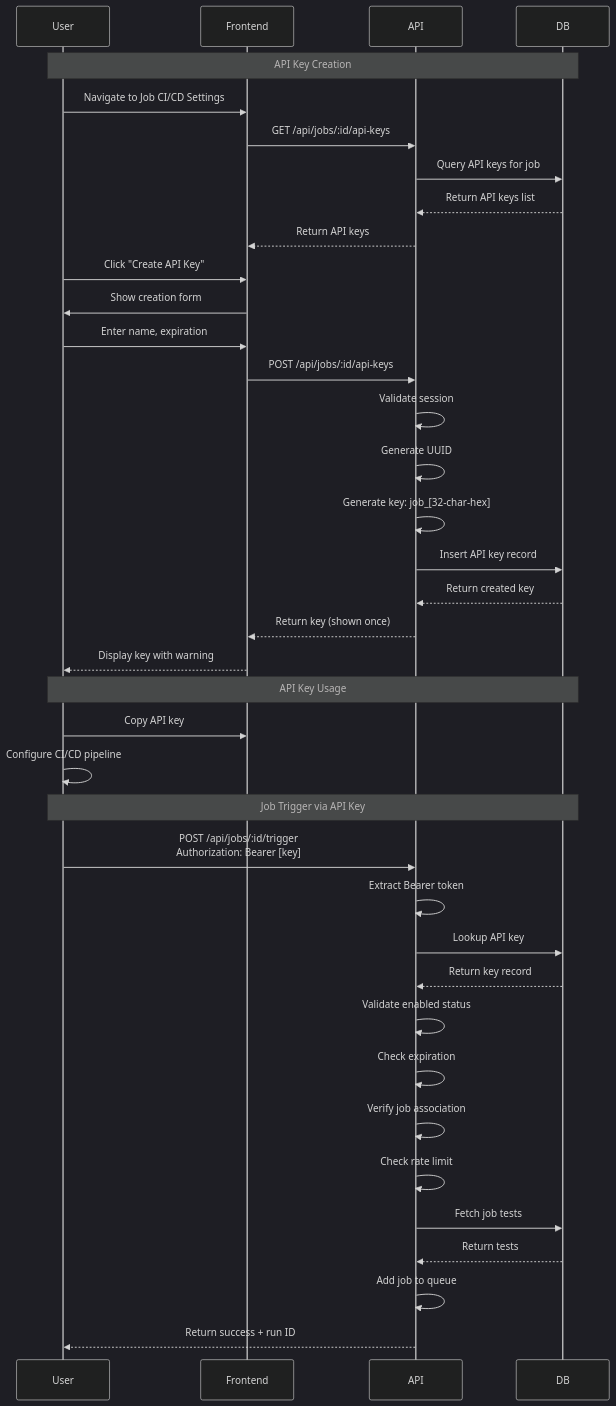
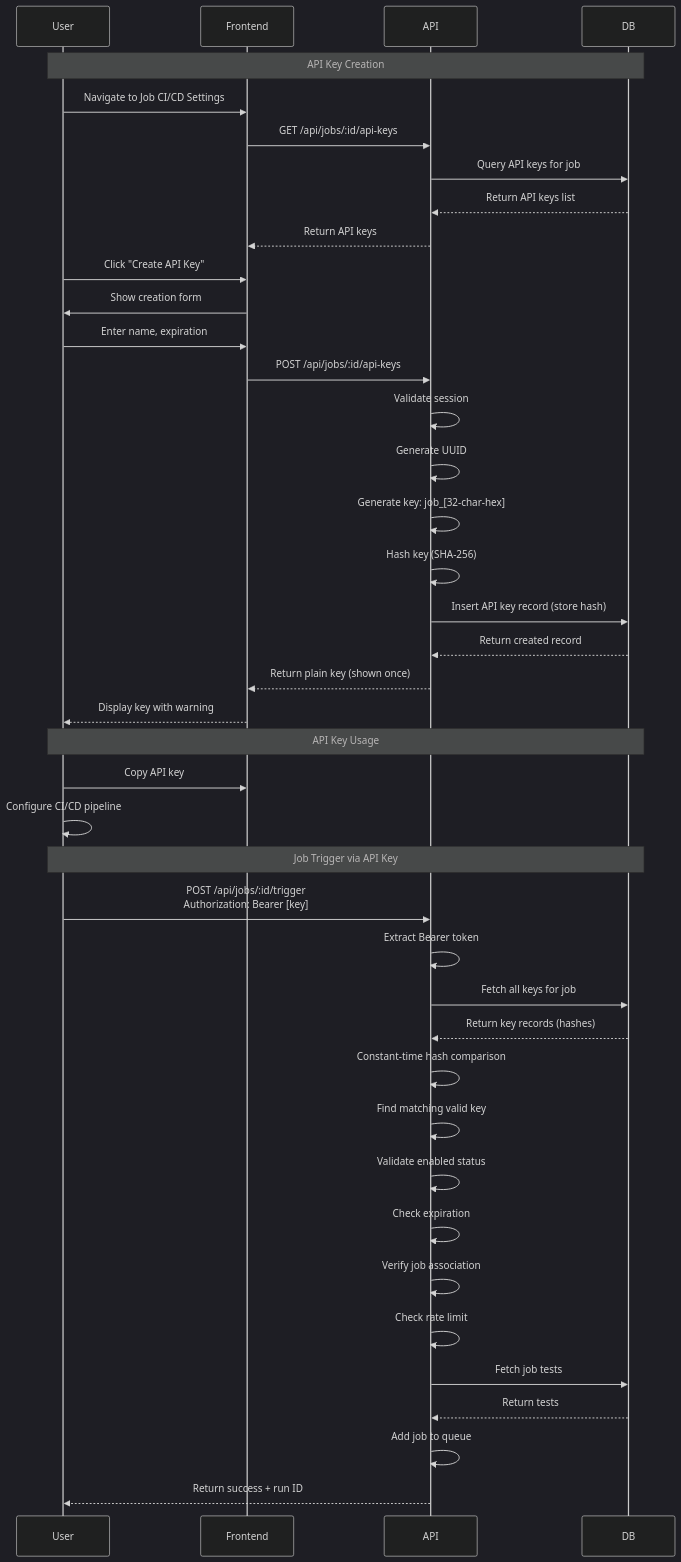
The second of 7 diagrams in docs/specs/02-authentication/API_KEY_SYSTEM.md (supercheck-io/supercheck), drawn with Mermaid (dark theme) before and after one commit. The commit also changed other lines of this file and 96 other files, not shown here.

Commit message:
feat: Implement session invalidation, custom domain status pages, API key hashing, and login lockout.

````diff
--- a/docs/specs/02-authentication/API_KEY_SYSTEM.md
+++ b/docs/specs/02-authentication/API_KEY_SYSTEM.md
@@ -106,48 +107,51 @@
 ```mermaid
 sequenceDiagram
     participant User
     participant Frontend
     participant API
     participant DB
 
     Note over User,DB: API Key Creation
 
     User->>Frontend: Navigate to Job CI/CD Settings
     Frontend->>API: GET /api/jobs/:id/api-keys
     API->>DB: Query API keys for job
     DB-->>API: Return API keys list
     API-->>Frontend: Return API keys
 
     User->>Frontend: Click "Create API Key"
     Frontend->>User: Show creation form
     User->>Frontend: Enter name, expiration
 
     Frontend->>API: POST /api/jobs/:id/api-keys
     API->>API: Validate session
     API->>API: Generate UUID
     API->>API: Generate key: job_[32-char-hex]
-    API->>DB: Insert API key record
-    DB-->>API: Return created key
-    API-->>Frontend: Return key (shown once)
+    API->>API: Hash key (SHA-256)
+    API->>DB: Insert API key record (store hash)
+    DB-->>API: Return created record
+    API-->>Frontend: Return plain key (shown once)
     Frontend-->>User: Display key with warning
 
     Note over User,DB: API Key Usage
 
     User->>Frontend: Copy API key
     User->>User: Configure CI/CD pipeline
 
     Note over User,DB: Job Trigger via API Key
 
     User->>API: POST /api/jobs/:id/trigger<br/>Authorization: Bearer [key]
     API->>API: Extract Bearer token
-    API->>DB: Lookup API key
-    DB-->>API: Return key record
+    API->>DB: Fetch all keys for job
+    DB-->>API: Return key records (hashes)
+    API->>API: Constant-time hash comparison
+    API->>API: Find matching valid key
     API->>API: Validate enabled status
     API->>API: Check expiration
     API->>API: Verify job association
     API->>API: Check rate limit
     API->>DB: Fetch job tests
     DB-->>API: Return tests
     API->>API: Add job to queue
     API-->>User: Return success + run ID
 ```
````
